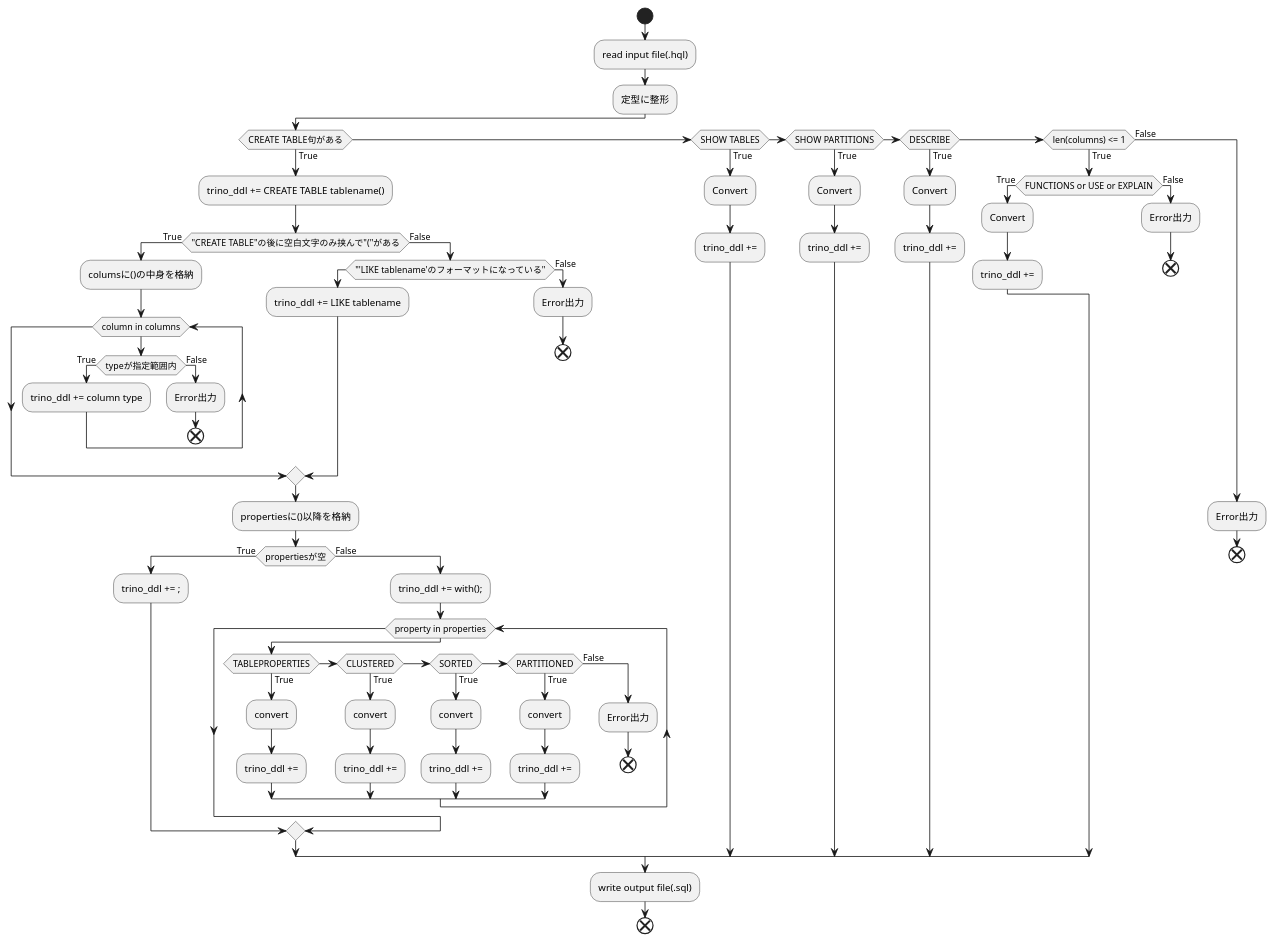
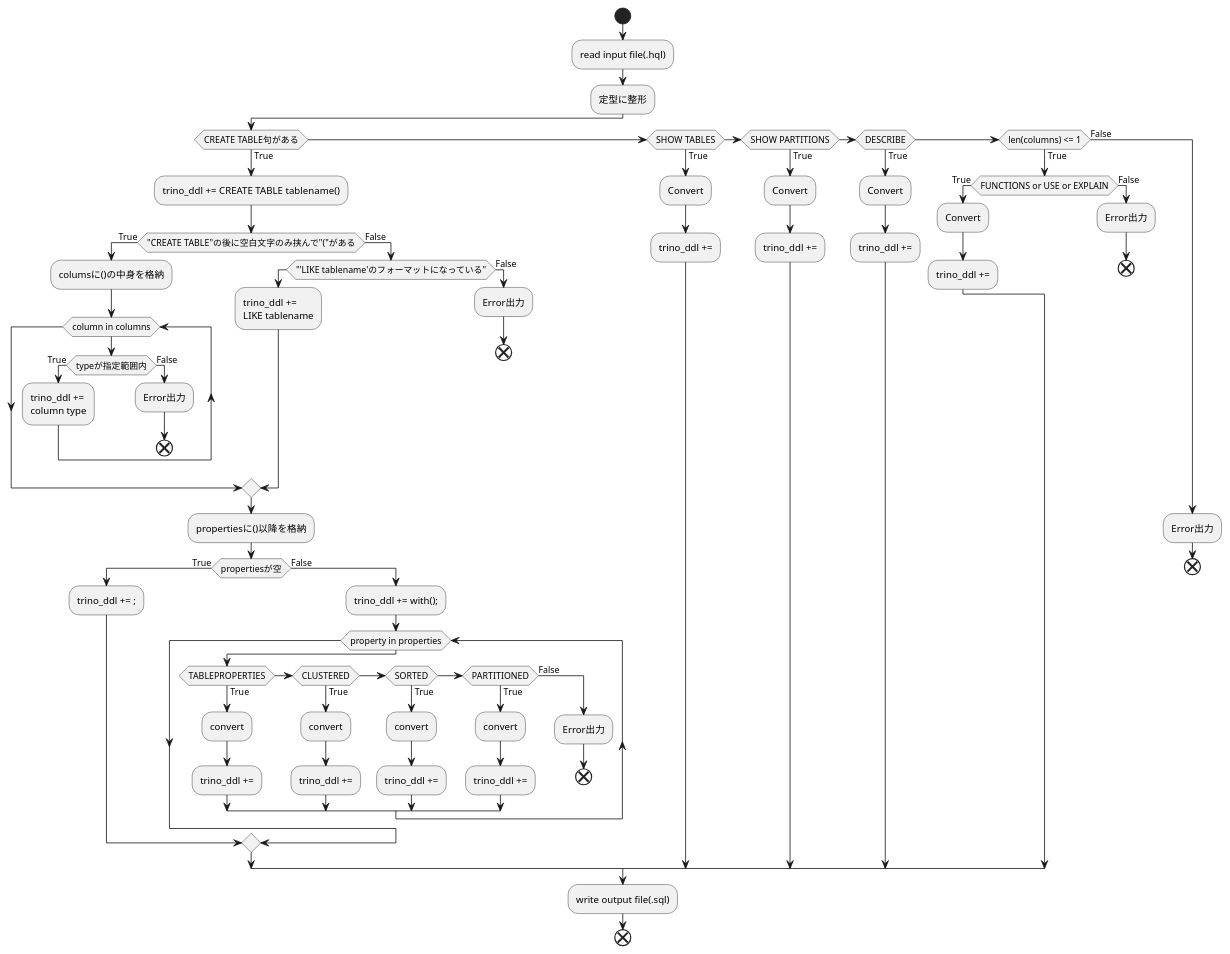
The diagram in UML/converter2.puml (snym-yt/ConvertHiveDDLintoTrinoDDL), drawn with PlantUML before and after one commit.

Commit message:
trino_ddlのノードで改行

```diff
--- a/UML/converter2.puml
+++ b/UML/converter2.puml
@@ -1,95 +1,97 @@
 @startuml name
 start
     :read input file(.hql);
     :定型に整形;
     if (CREATE TABLE句がある) then (True)
 
         :trino_ddl += CREATE TABLE tablename();
         if ("CREATE TABLE"の後に空白文字のみ挟んで"("がある) then (True)
             :columsに()の中身を格納;
 
             while (column in columns)
 
                 if (typeが指定範囲内) then (True)
-                    :trino_ddl += column type; 
+                    :trino_ddl += 
+                    column type; 
                 else (False)
                     :Error出力;
                     end
                 endif  
 
             endwhile
 
         else (False)
             if ("'LIKE tablename'のフォーマットになっている")
-                :trino_ddl += LIKE tablename;
+                :trino_ddl += 
+                LIKE tablename;
             else (False)
                 :Error出力;
                 end
             endif
         endif
 
         :propertiesに()以降を格納;
 
         if (propertiesが空) then (True)
             :trino_ddl += ;;
 
         else (False)
 
             :trino_ddl += with();;
 
             while (property in properties)
 
                 if (TABLEPROPERTIES) then (True)
                     :convert;
                     :trino_ddl +=;
                 elseif (CLUSTERED) then (True)
                     :convert;
                     :trino_ddl +=;
                 elseif (SORTED) then (True)
                     :convert;
                     :trino_ddl +=;
                 elseif (PARTITIONED) then (True)
                     :convert;
                     :trino_ddl +=;
                 else (False)
                     :Error出力;
                     end
                 endif
 
             endwhile
         endif
 
 
 
     elseif (SHOW TABLES) then (True)
         :Convert;
         :trino_ddl +=;
 
     elseif (SHOW PARTITIONS) then (True)
         :Convert;
         :trino_ddl +=;
 
     elseif (DESCRIBE) then (True)
         :Convert;
         :trino_ddl +=;
 
     elseif (len(columns) <= 1) then (True)
         if (FUNCTIONS or USE or EXPLAIN) then (True)
             :Convert;
             :trino_ddl +=;
         else (False)
             :Error出力;
         end
         endif
 
     else (False)
         :Error出力;
         end
 
     endif
 
     :write output file(.sql);
 
 
 end
 @enduml
```
